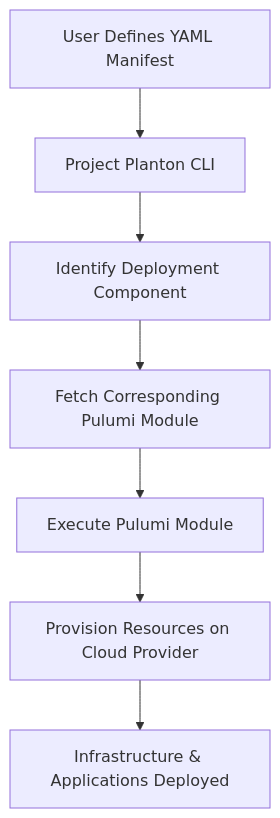
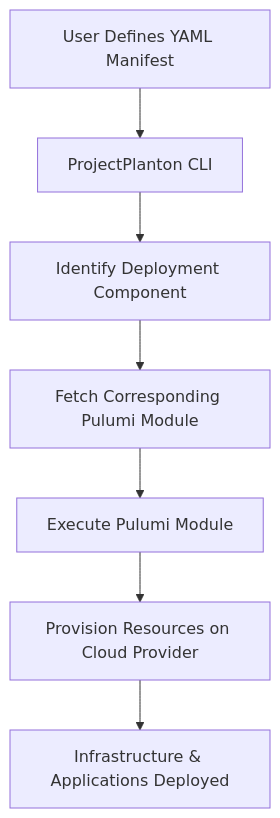
Before and after one commit to project-planton/project-planton: the diagram in docs/pages/docs/index.mdx, drawn with Mermaid. The commit also changed other lines of this file and 12 other files, not shown here.

````diff
--- a/docs/pages/docs/index.mdx
+++ b/docs/pages/docs/index.mdx
@@ -28,9 +28,9 @@
 ```mermaid
 flowchart TD
-    A[User Defines YAML Manifest] --> B[Project Planton CLI]
+    A[User Defines YAML Manifest] --> B[ProjectPlanton CLI]
     B --> C[Identify Deployment Component]
     C --> D[Fetch Corresponding Pulumi Module]
     D --> E[Execute Pulumi Module]
     E --> F[Provision Resources on Cloud Provider]
     F --> G[Infrastructure & Applications Deployed]
 ```
````
